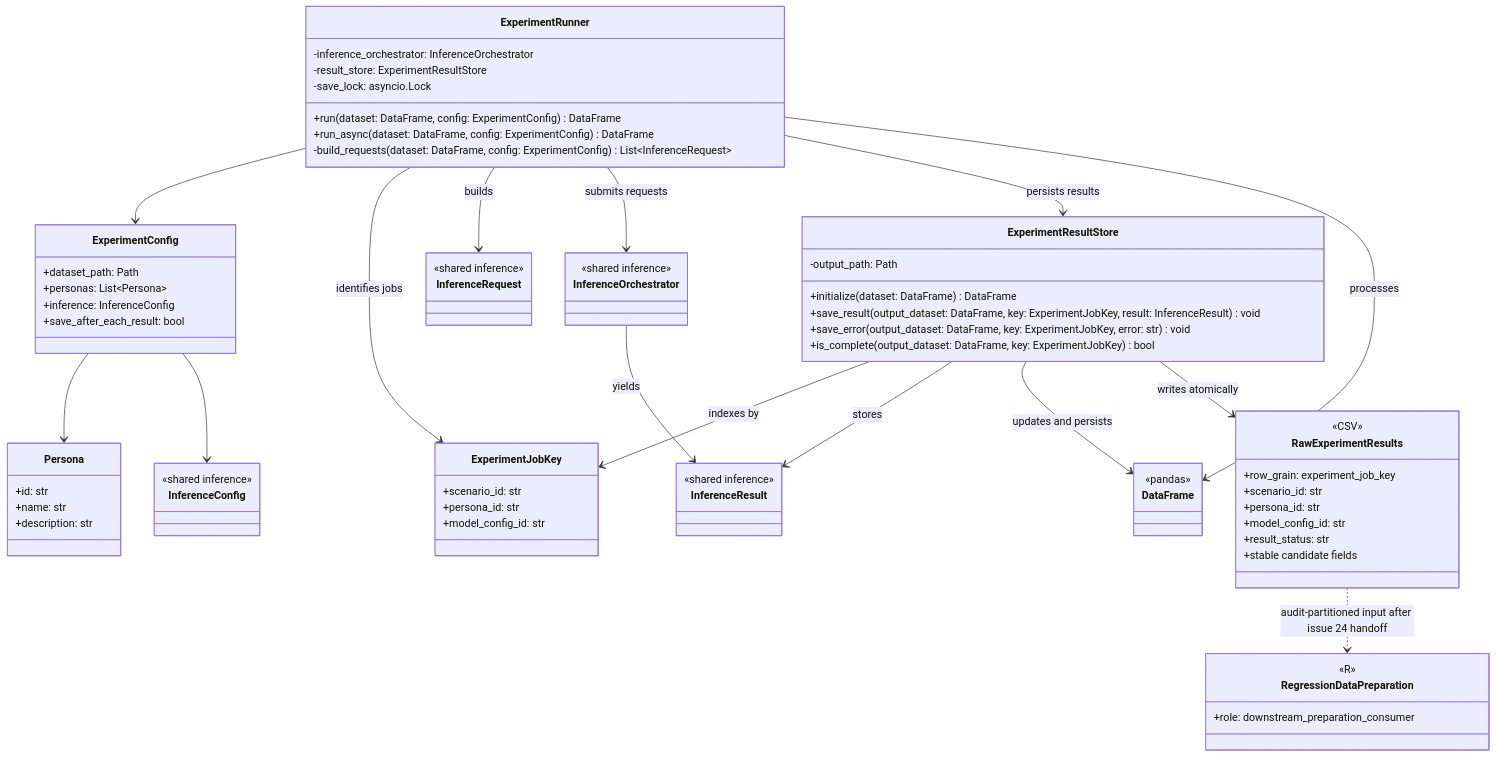
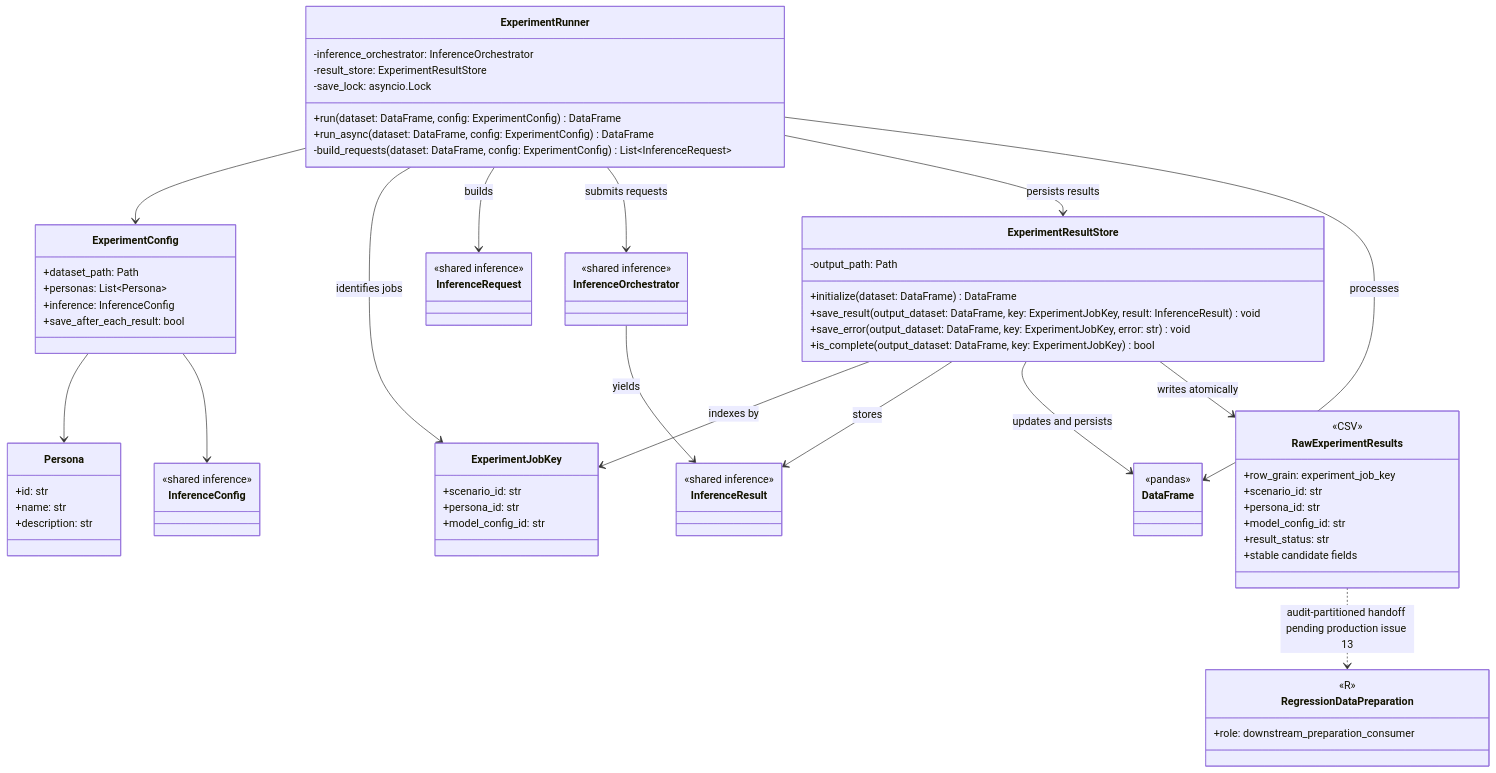
One commit to KirillUtyashev/LLM_AuditKit changed the diagram in docs/architecture/experiment_execution.mmd. Above: the diagram before and after it, drawn with Mermaid. The commit also changed 18 other files, not shown here.

```diff
--- a/docs/architecture/experiment_execution.mmd
+++ b/docs/architecture/experiment_execution.mmd
@@ -1,78 +1,78 @@
 ---
 config:
   theme: mc
 ---
 classDiagram
     class ExperimentConfig {
         +dataset_path: Path
         +personas: List~Persona~
         +inference: InferenceConfig
         +save_after_each_result: bool
     }
     class Persona {
         +id: str
         +name: str
         +description: str
     }
     class InferenceConfig {
         <<shared inference>>
     }
     class InferenceRequest {
         <<shared inference>>
     }
     class InferenceResult {
         <<shared inference>>
     }
     class InferenceOrchestrator {
         <<shared inference>>
     }
     class ExperimentJobKey {
         +scenario_id: str
         +persona_id: str
         +model_config_id: str
     }
     class ExperimentRunner {
         -inference_orchestrator: InferenceOrchestrator
         -result_store: ExperimentResultStore
         -save_lock: asyncio.Lock
         +run(dataset: DataFrame, config: ExperimentConfig) DataFrame
         +run_async(dataset: DataFrame, config: ExperimentConfig) DataFrame
         -build_requests(dataset: DataFrame, config: ExperimentConfig) List~InferenceRequest~
     }
     class ExperimentResultStore {
         -output_path: Path
         +initialize(dataset: DataFrame) DataFrame
         +save_result(output_dataset: DataFrame, key: ExperimentJobKey, result: InferenceResult) void
         +save_error(output_dataset: DataFrame, key: ExperimentJobKey, error: str) void
         +is_complete(output_dataset: DataFrame, key: ExperimentJobKey) bool
     }
     class DataFrame {
         <<pandas>>
     }
     class RawExperimentResults {
         <<CSV>>
         +row_grain: experiment_job_key
         +scenario_id: str
         +persona_id: str
         +model_config_id: str
         +result_status: str
         +stable candidate fields
     }
     class RegressionDataPreparation {
         <<R>>
         +role: downstream_preparation_consumer
     }
     ExperimentConfig --> Persona
     ExperimentConfig --> InferenceConfig
     ExperimentRunner --> ExperimentConfig
     ExperimentRunner --> ExperimentJobKey : identifies jobs
     ExperimentRunner --> InferenceRequest : builds
     ExperimentRunner --> InferenceOrchestrator : submits requests
     InferenceOrchestrator --> InferenceResult : yields
     ExperimentRunner --> ExperimentResultStore : persists results
     ExperimentRunner --> DataFrame : processes
     ExperimentResultStore --> ExperimentJobKey : indexes by
     ExperimentResultStore --> InferenceResult : stores
     ExperimentResultStore --> DataFrame : updates and persists
     ExperimentResultStore --> RawExperimentResults : writes atomically
-    RawExperimentResults ..> RegressionDataPreparation : audit-partitioned input after issue 24 handoff
+    RawExperimentResults ..> RegressionDataPreparation : audit-partitioned handoff pending production issue 13
```
